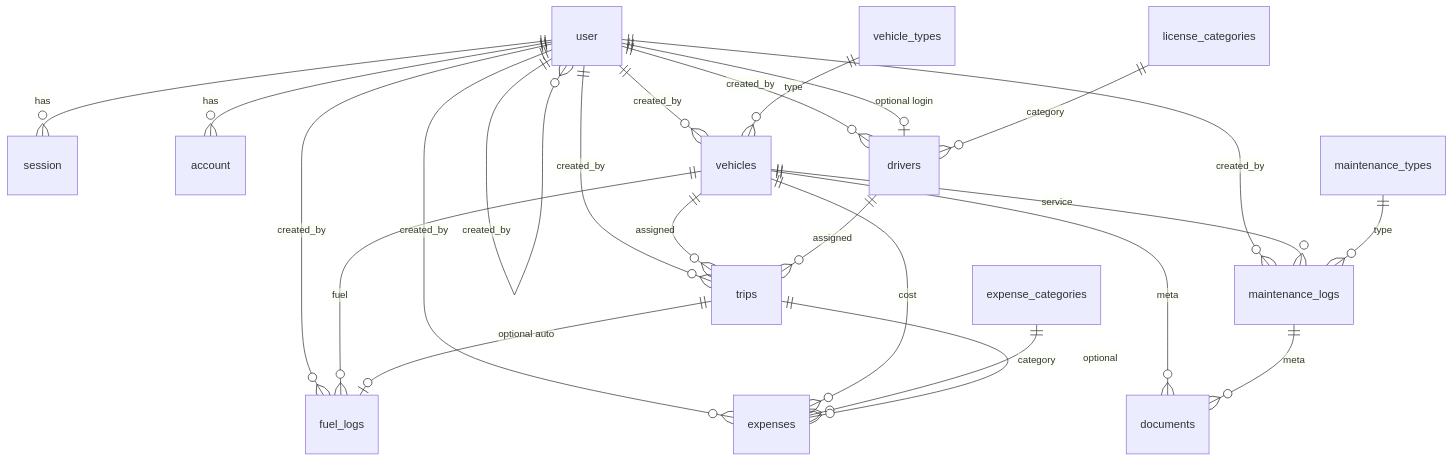
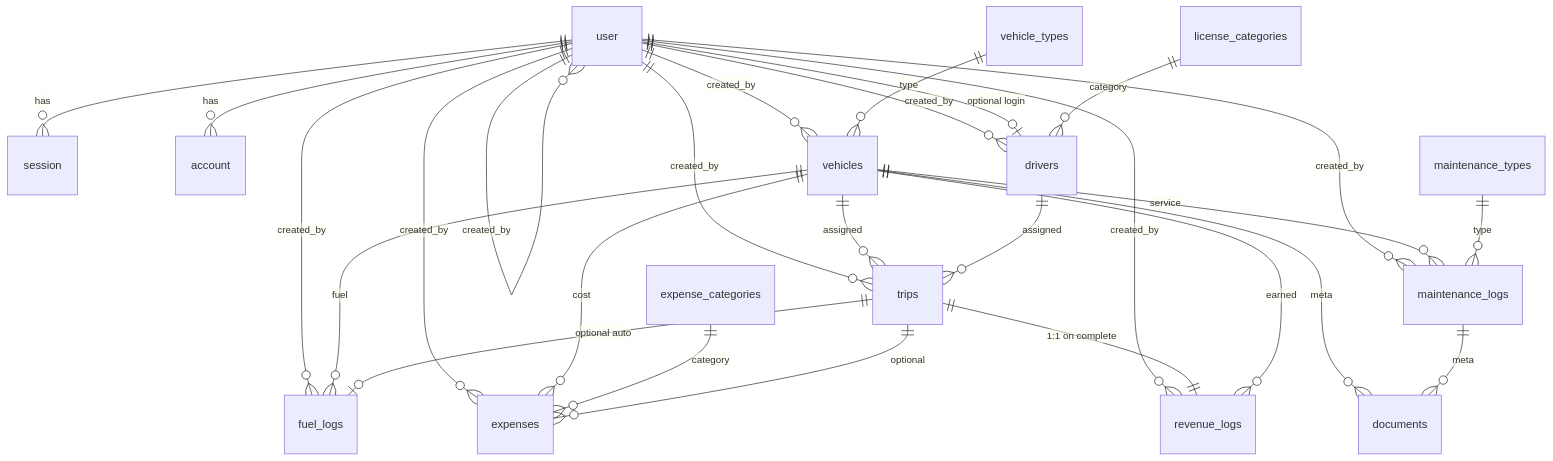
One commit to Chaudhari0707/transit-ops changed the diagram in docs/architecture/02-database-schema.md. Above: the diagram before and after it, drawn with Mermaid. The commit also changed other lines of this file and 47 other files, not shown here.

First line of the commit message:
feat(trips): implement trip management features including creation, updates, and revenue calculations

````diff
--- a/docs/architecture/02-database-schema.md
+++ b/docs/architecture/02-database-schema.md
@@ -415,27 +458,30 @@
 ```mermaid
 erDiagram
   user ||--o{ session : has
   user ||--o{ account : has
   user ||--o{ user : created_by
   user ||--o{ vehicles : created_by
   user ||--o{ drivers : created_by
   user ||--o{ trips : created_by
   user ||--o{ maintenance_logs : created_by
   user ||--o{ fuel_logs : created_by
   user ||--o{ expenses : created_by
+  user ||--o{ revenue_logs : created_by
   user ||--o| drivers : "optional login"
 
   vehicle_types ||--o{ vehicles : type
   license_categories ||--o{ drivers : category
   vehicles ||--o{ trips : assigned
   drivers ||--o{ trips : assigned
   vehicles ||--o{ maintenance_logs : service
   maintenance_types ||--o{ maintenance_logs : type
   vehicles ||--o{ fuel_logs : fuel
   trips ||--o| fuel_logs : "optional auto"
   vehicles ||--o{ expenses : cost
   expense_categories ||--o{ expenses : category
   trips ||--o{ expenses : optional
+  trips ||--|| revenue_logs : "1:1 on complete"
+  vehicles ||--o{ revenue_logs : earned
   vehicles ||--o{ documents : meta
   maintenance_logs ||--o{ documents : meta
 ```
````
